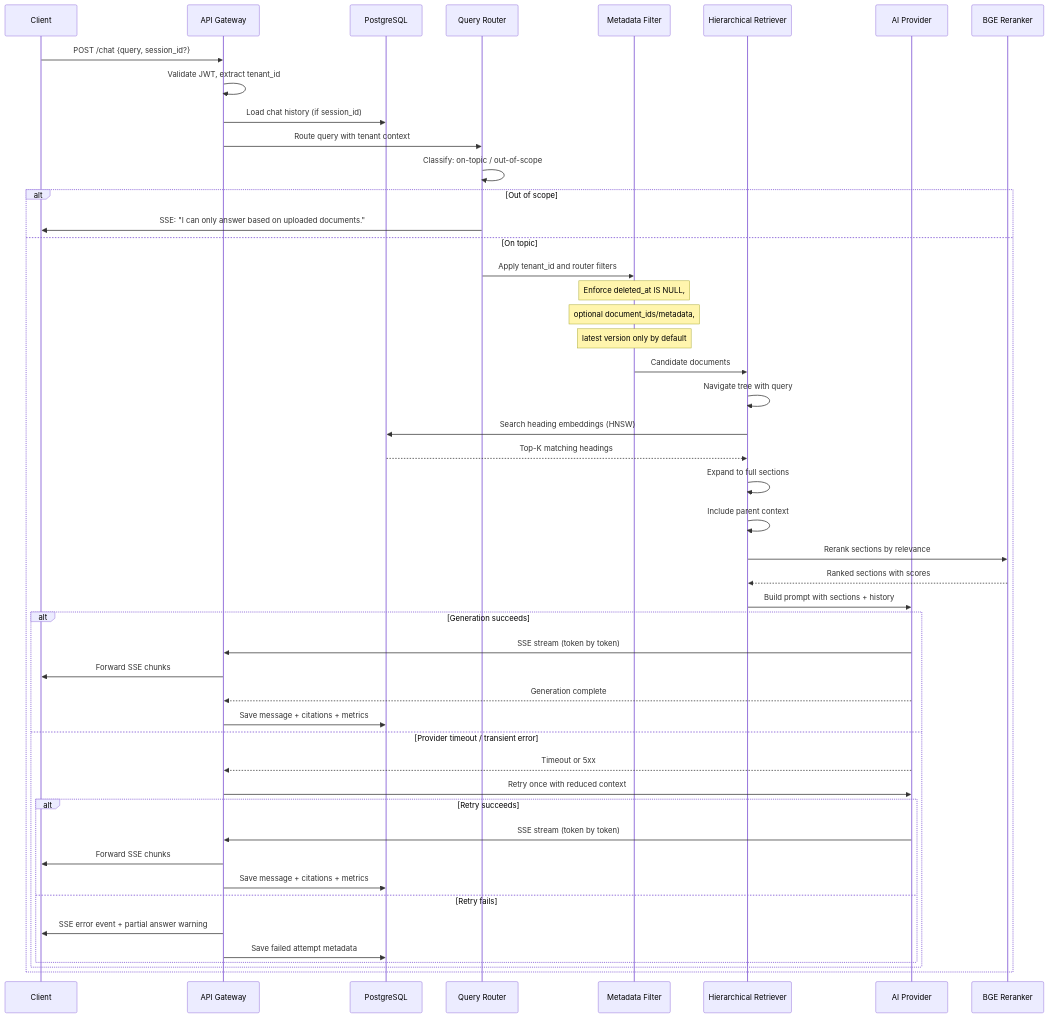
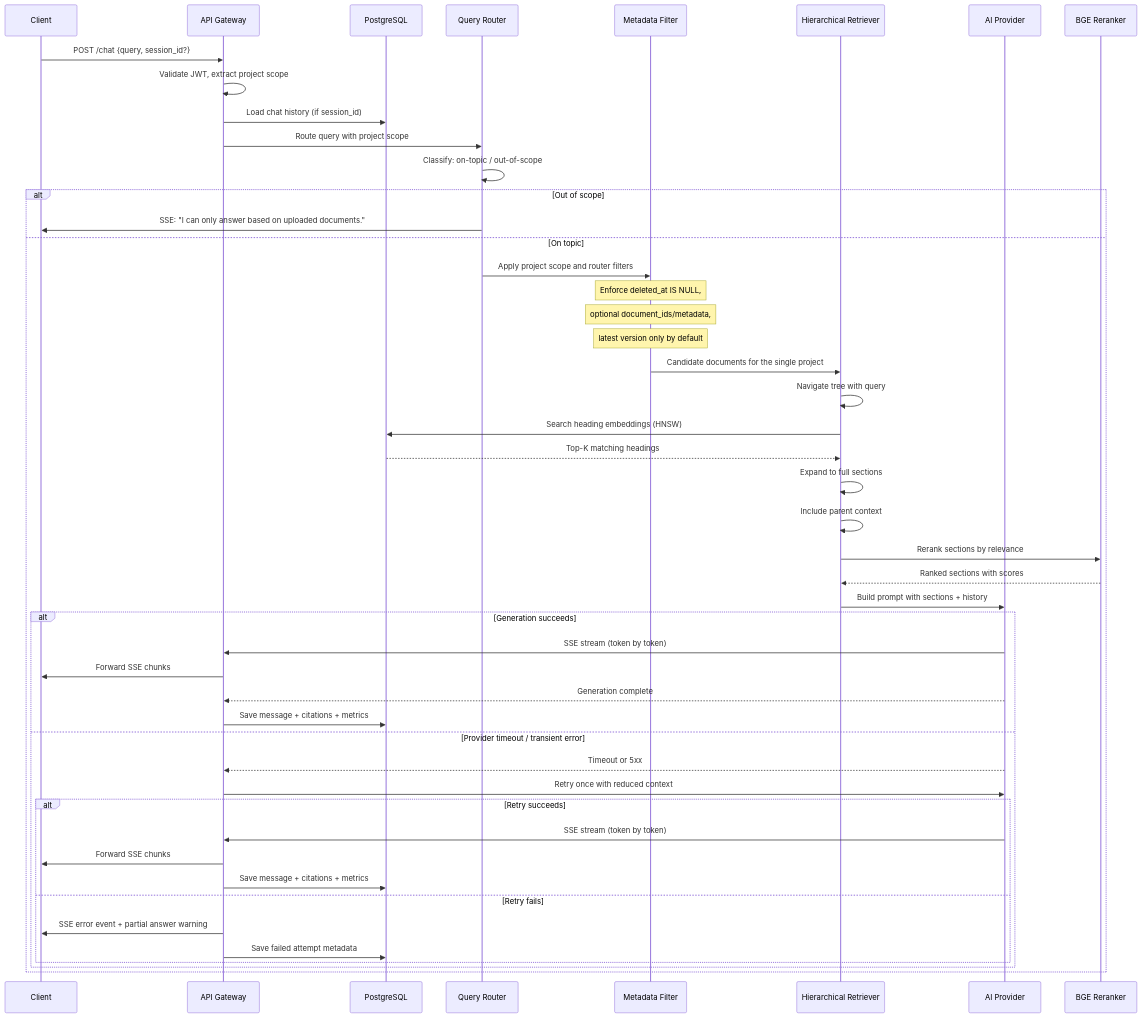
One commit to qtuanph/chatbot-rag changed the second of 4 diagrams in docs/03_CORE_WORKFLOWS.md. Above: the diagram before and after it, drawn with Mermaid. The commit also changed other lines of this file and 22 other files, not shown here.

First line of the commit message:
Refactor project to support role-based authentication and project-only schema

````diff
--- a/docs/03_CORE_WORKFLOWS.md
+++ b/docs/03_CORE_WORKFLOWS.md
@@ -52,58 +52,58 @@
 ```mermaid
 sequenceDiagram
     participant C as Client
     participant API as API Gateway
     participant DB as PostgreSQL
     participant Router as Query Router
     participant Filter as Metadata Filter
     participant Retriever as Hierarchical Retriever
     participant AI as AI Provider
     participant Rerank as BGE Reranker
 
     C->>API: POST /chat {query, session_id?}
-    API->>API: Validate JWT, extract tenant_id
+    API->>API: Validate JWT, extract project scope
     API->>DB: Load chat history (if session_id)
     
-    API->>Router: Route query with tenant context
+    API->>Router: Route query with project scope
     Router->>Router: Classify: on-topic / out-of-scope
     
     alt Out of scope
         Router->>C: SSE: "I can only answer based on uploaded documents."
     else On topic
-        Router->>Filter: Apply tenant_id and router filters
+        Router->>Filter: Apply project scope and router filters
         Note over Filter: Enforce deleted_at IS NULL,
         Note over Filter: optional document_ids/metadata,
         Note over Filter: latest version only by default
-        Filter->>Retriever: Candidate documents
+        Filter->>Retriever: Candidate documents for the single project
         Retriever->>Retriever: Navigate tree with query
         
         Retriever->>DB: Search heading embeddings (HNSW)
         DB-->>Retriever: Top-K matching headings
         
         Retriever->>Retriever: Expand to full sections
         Retriever->>Retriever: Include parent context
         
         Retriever->>Rerank: Rerank sections by relevance
         Rerank-->>Retriever: Ranked sections with scores
         
         Retriever->>AI: Build prompt with sections + history
 
         alt Generation succeeds
             AI->>API: SSE stream (token by token)
             API->>C: Forward SSE chunks
             AI-->>API: Generation complete
             API->>DB: Save message + citations + metrics
         else Provider timeout / transient error
             AI-->>API: Timeout or 5xx
             API->>AI: Retry once with reduced context
             alt Retry succeeds
                 AI->>API: SSE stream (token by token)
                 API->>C: Forward SSE chunks
                 API->>DB: Save message + citations + metrics
             else Retry fails
                 API->>C: SSE error event + partial answer warning
                 API->>DB: Save failed attempt metadata
             end
         end
     end
 ```
````
